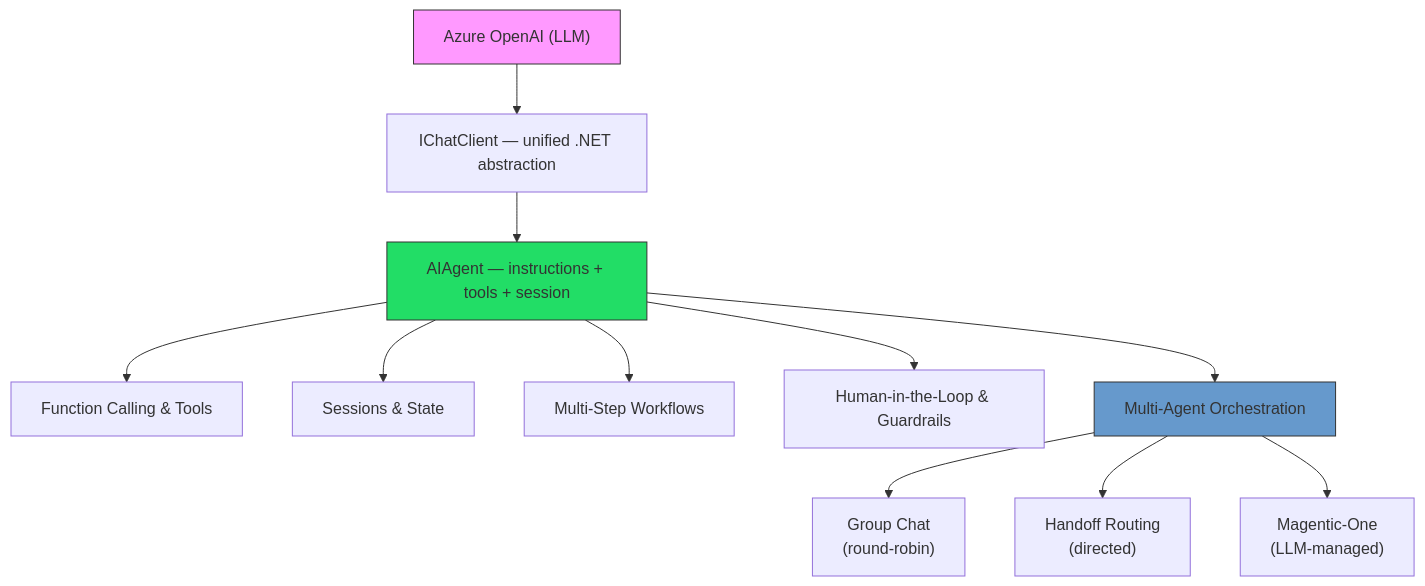
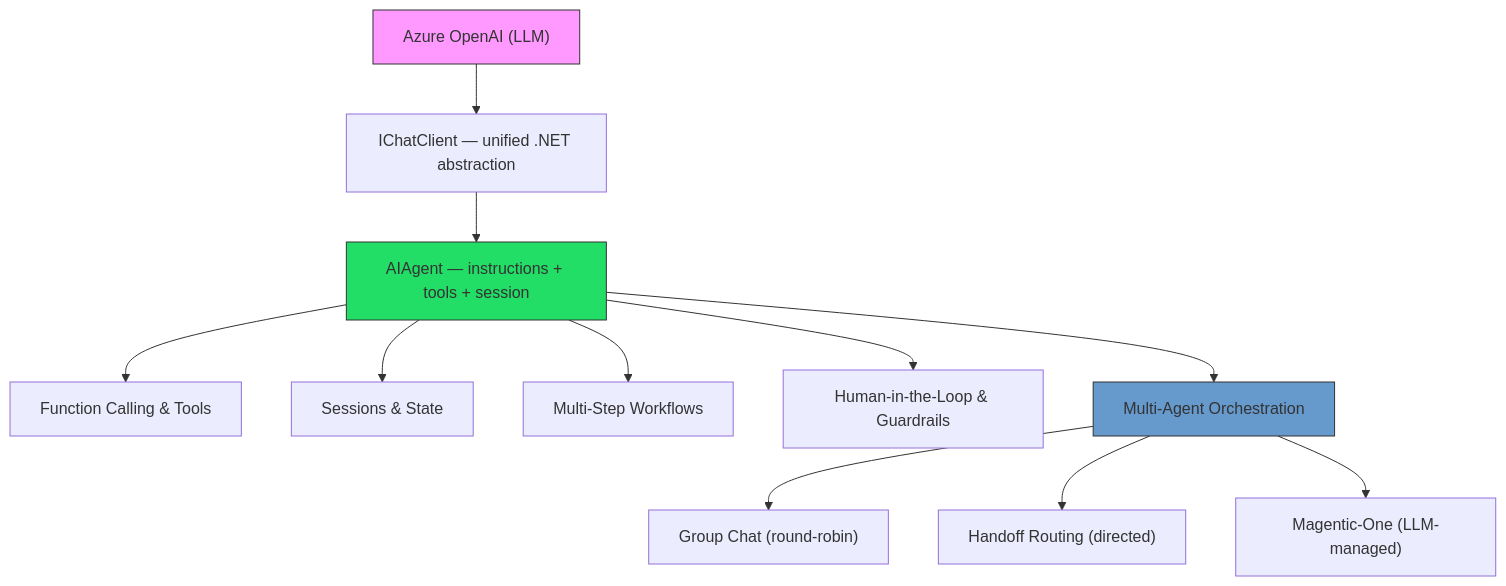
The first of 2 diagrams in README.md (PeterMilovcik/MicrosoftAgentFramework.Dotnet.Workshop), drawn with Mermaid before and after one commit.

Commit message:
Fix formatting in README for multi-agent orchestration diagram

````diff
--- a/README.md
+++ b/README.md
@@ -45,18 +45,18 @@
 ```mermaid
 graph TD
     LLM["Azure OpenAI (LLM)"]
     LLM --> Client["IChatClient — unified .NET abstraction"]
     Client --> Agent["AIAgent — instructions + tools + session"]
     Agent --> Tools["Function Calling & Tools"]
     Agent --> State["Sessions & State"]
     Agent --> Workflows["Multi-Step Workflows"]
     Agent --> HITL["Human-in-the-Loop & Guardrails"]
     Agent --> Multi["Multi-Agent Orchestration"]
-    Multi --> GC["Group Chat\n(round-robin)"]
-    Multi --> HO["Handoff Routing\n(directed)"]
-    Multi --> MG["Magentic-One\n(LLM-managed)"]
+    Multi --> GC["Group Chat (round-robin)"]
+    Multi --> HO["Handoff Routing (directed)"]
+    Multi --> MG["Magentic-One (LLM-managed)"]
 
     style LLM fill:#f9f,stroke:#333
     style Agent fill:#2d6,stroke:#333
     style Multi fill:#69c,stroke:#333
 ```
````
